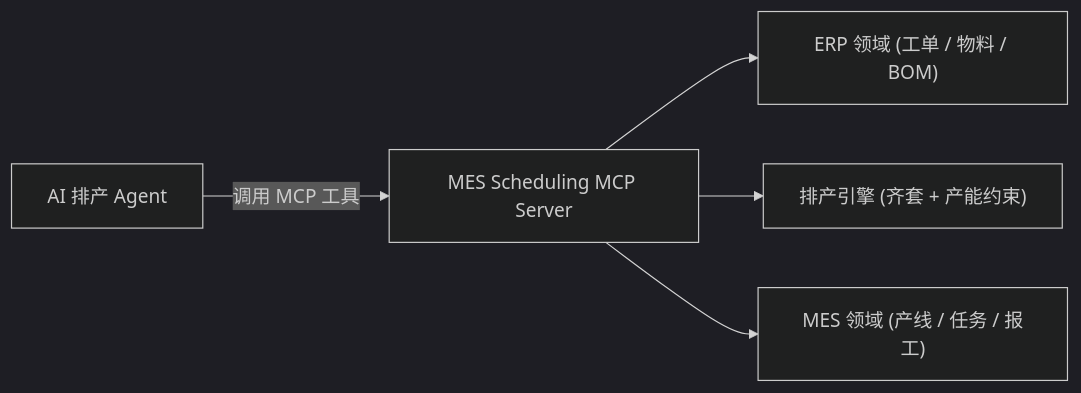
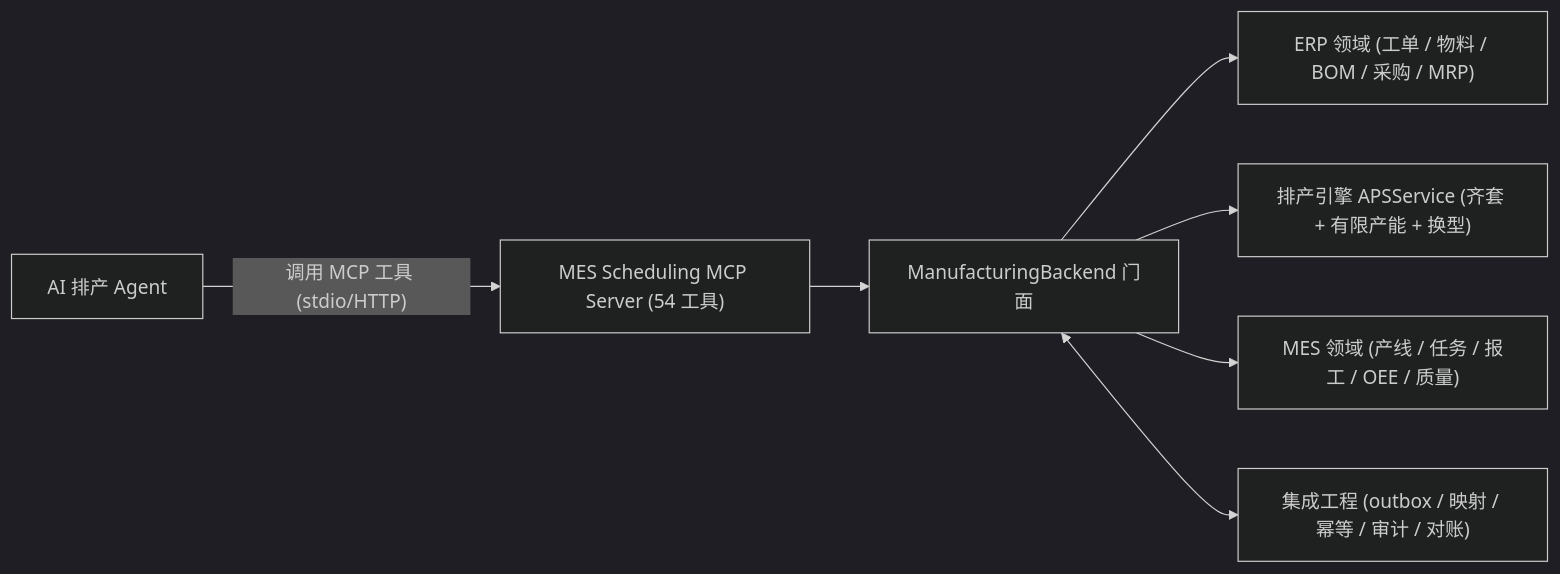
The first of 2 diagrams in README.md (liliangxing/agent), drawn with Mermaid (dark theme) before and after one commit. The commit also changed other lines of this file and 27 other files, not shown here.

````diff
--- a/README.md
+++ b/README.md
@@ -64,12 +65,16 @@
 ```mermaid
 flowchart LR
     A["AI 排产 Agent"]
-    S["MES Scheduling MCP Server"]
-    ER["ERP 领域 (工单 / 物料 / BOM)"]
-    EN["排产引擎 (齐套 + 产能约束)"]
-    ME["MES 领域 (产线 / 任务 / 报工)"]
-    A -->|"调用 MCP 工具"| S
-    S --> ER
-    S --> EN
-    S --> ME
+    S["MES Scheduling MCP Server (54 工具)"]
+    B["ManufacturingBackend 门面"]
+    ER["ERP 领域 (工单 / 物料 / BOM / 采购 / MRP)"]
+    AP["排产引擎 APSService (齐套 + 有限产能 + 换型)"]
+    ME["MES 领域 (产线 / 任务 / 报工 / OEE / 质量)"]
+    IG["集成工程 (outbox / 映射 / 幂等 / 审计 / 对账)"]
+    A -->|"调用 MCP 工具 (stdio/HTTP)"| S
+    S --> B
+    B --> ER
+    B --> AP
+    B --> ME
+    B <--> IG
 ```
````
